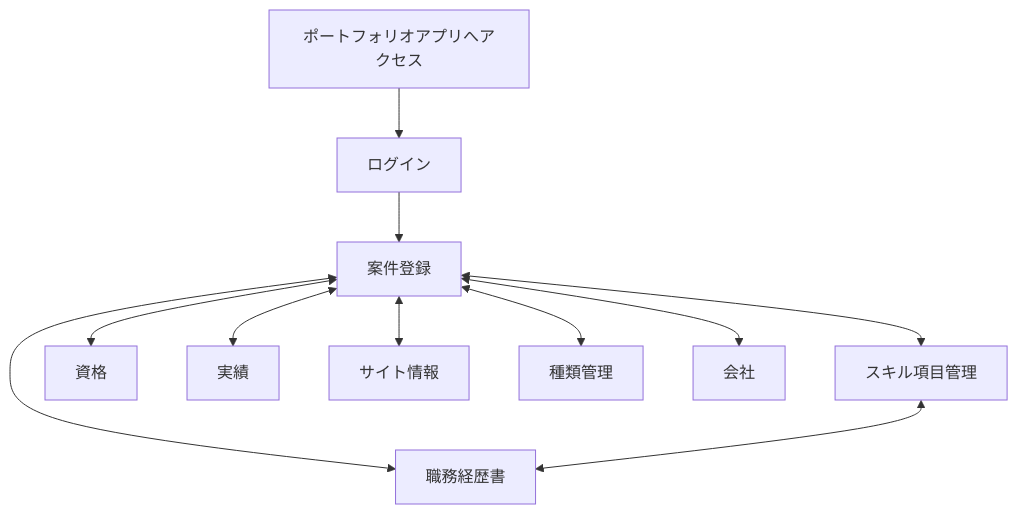
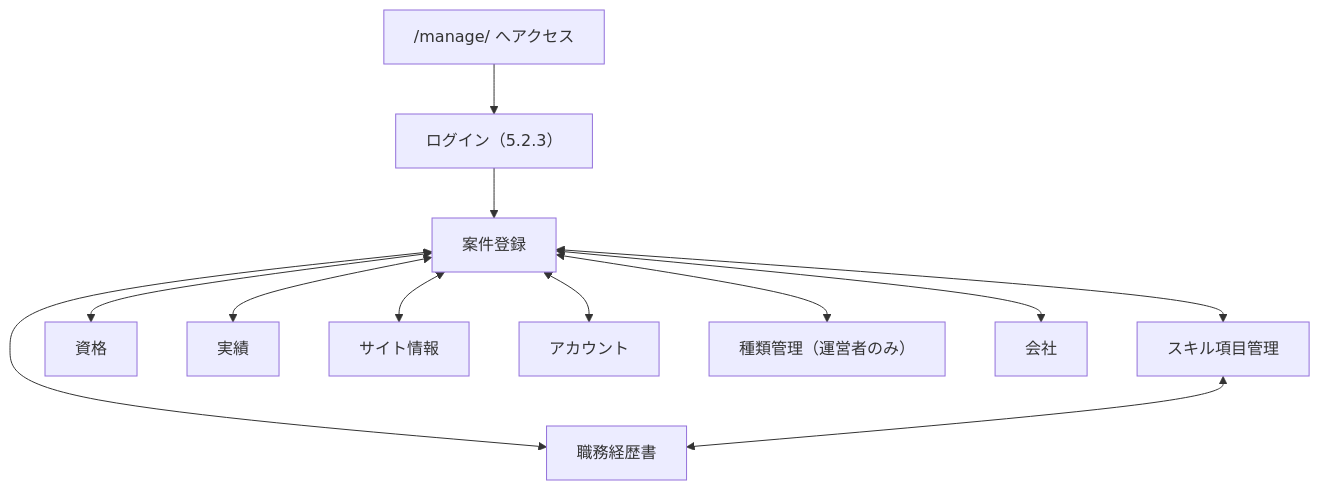
Before and after one commit to Seiya-Nakagawa/Portfolio: the third of 7 diagrams in docs/02.design/DESIGN.md, drawn with Mermaid. The commit also changed other lines of this file and 2 other files, not shown here.

````diff
--- a/docs/02.design/DESIGN.md
+++ b/docs/02.design/DESIGN.md
@@ -427,13 +629,14 @@
 ```mermaid
 flowchart TD
-    Start["ポートフォリオアプリへアクセス"] --> Login["ログイン"]
+    Start["/manage/ へアクセス"] --> Login["ログイン（5.2.3）"]
     Login --> Project["案件登録"]
     Project <--> Skill["スキル項目管理"]
     Project <--> Cert["資格"]
     Project <--> Work["実績"]
     Project <--> Site["サイト情報"]
     Project <--> Output["職務経歴書"]
-    Project <--> Category["種類管理"]
+    Project <--> Account["アカウント"]
+    Project <--> Category["種類管理（運営者のみ）"]
     Project <--> Company["会社"]
     Skill <--> Output
 ```
````
